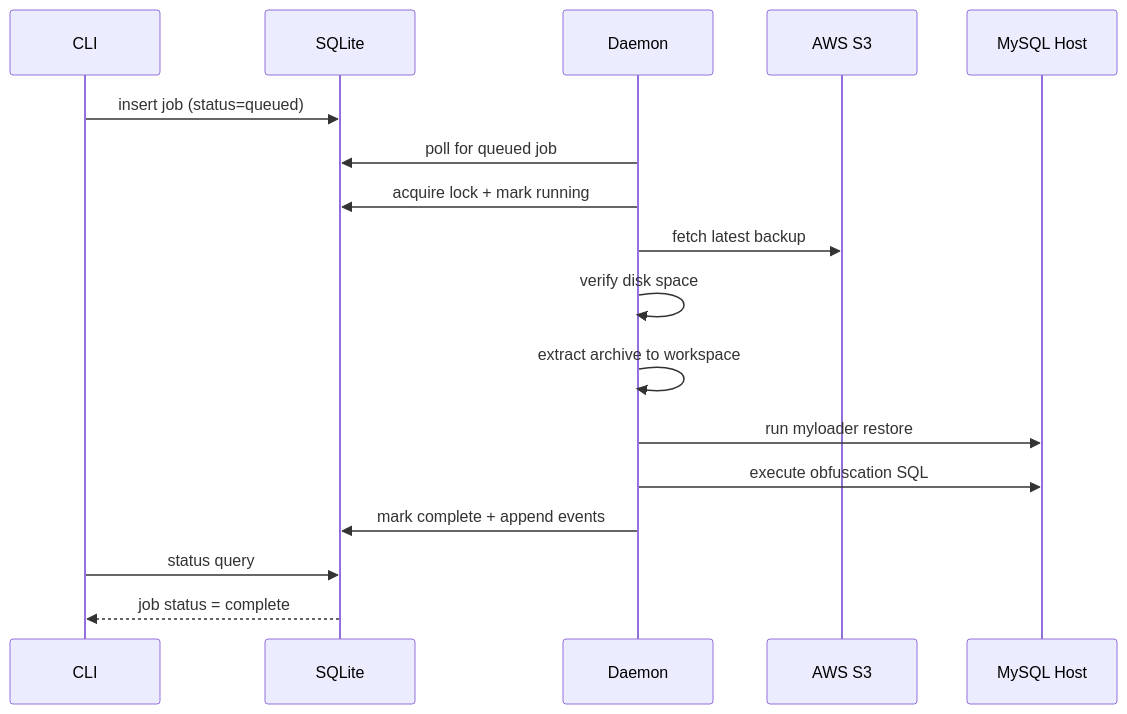
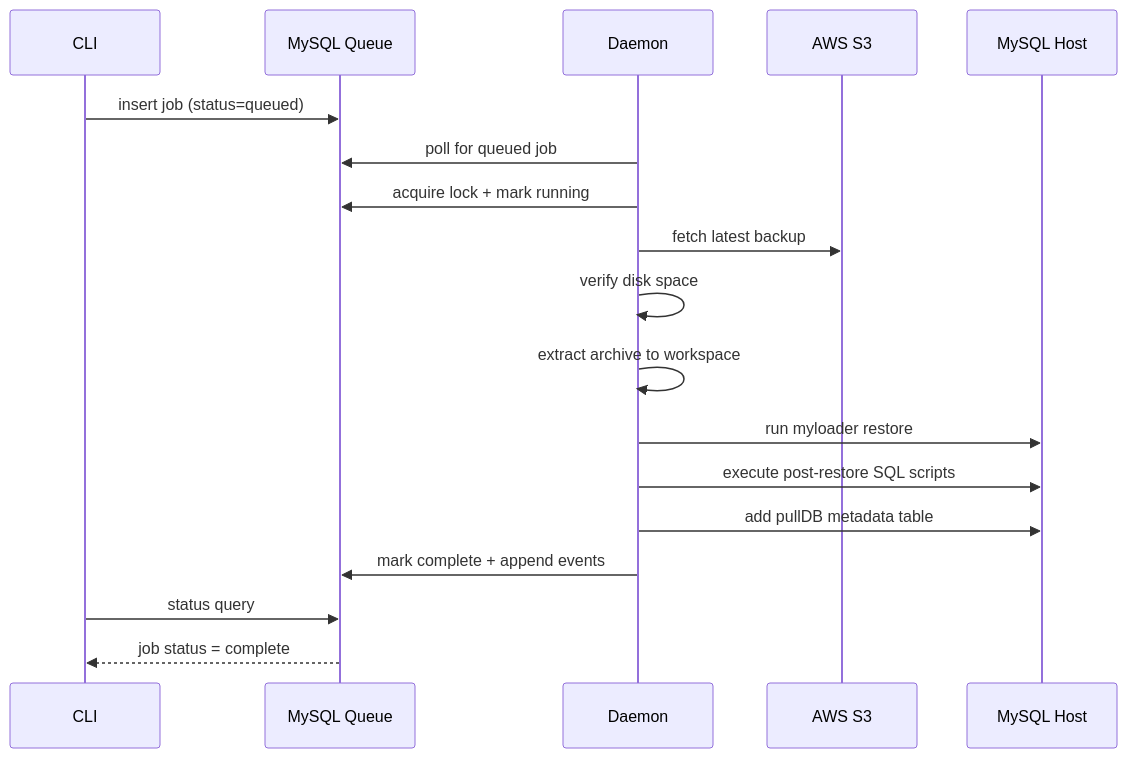
The diagram in design/diagrams/restore-lifecycle.mmd (CharlesHandshy/pullDB), drawn with Mermaid before and after one commit. The commit also changed 8 other files, not shown here.

First line of the commit message:
Complete SQLite to MySQL migration across all documentation and diagrams

```diff
--- a/design/diagrams/restore-lifecycle.mmd
+++ b/design/diagrams/restore-lifecycle.mmd
@@ -1,19 +1,20 @@
 %% Mermaid sequence diagram for restore lifecycle
 sequenceDiagram
   participant CLI as CLI
-  participant DB as SQLite
+  participant DB as MySQL Queue
   participant D as Daemon
   participant S3 as AWS S3
   participant MySQL as MySQL Host
 
   CLI->>DB: insert job (status=queued)
   D->>DB: poll for queued job
   D->>DB: acquire lock + mark running
   D->>S3: fetch latest backup
   D->>D: verify disk space
   D->>D: extract archive to workspace
   D->>MySQL: run myloader restore
-  D->>MySQL: execute obfuscation SQL
+  D->>MySQL: execute post-restore SQL scripts
+  D->>MySQL: add pullDB metadata table
   D->>DB: mark complete + append events
   CLI->>DB: status query
   DB-->>CLI: job status = complete
```
